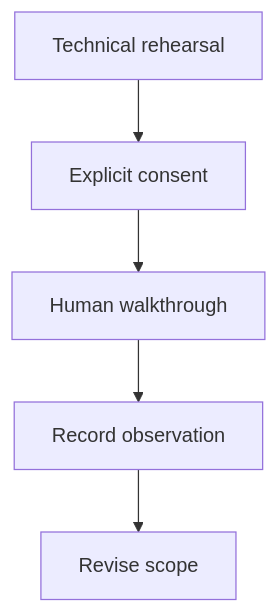
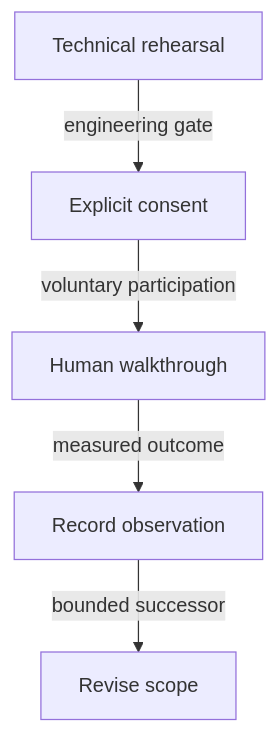
The fifth of 5 diagrams in docs/documents/agentic-graph-spatial-workspace-pilot-prd-tad-adr-mvp-gtm.md (huijoohwee/agentic-graph), drawn with Mermaid before and after one commit. The commit also changed other lines of this file and 4 other files, not shown here.

````diff
--- a/docs/documents/agentic-graph-spatial-workspace-pilot-prd-tad-adr-mvp-gtm.md
+++ b/docs/documents/agentic-graph-spatial-workspace-pilot-prd-tad-adr-mvp-gtm.md
@@ -124,7 +148,12 @@
 ```mermaid
 flowchart TB
-  A[Technical rehearsal] --> B[Explicit consent]
-  B --> C[Human walkthrough]
-  C --> D[Record observation]
-  D --> E[Revise scope]
+  A["Technical rehearsal"]
+  B["Explicit consent"]
+  C["Human walkthrough"]
+  D["Record observation"]
+  E["Revise scope"]
+  A -->|"engineering gate"| B
+  B -->|"voluntary participation"| C
+  C -->|"measured outcome"| D
+  D -->|"bounded successor"| E
 ```
````
